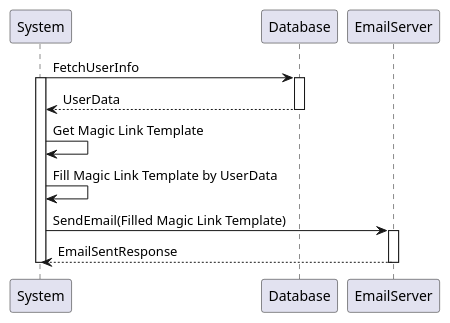
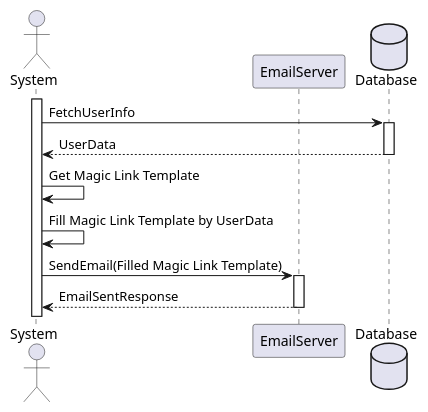
One commit to jadwalapp/symmetrical-spoon changed the third of 14 diagrams in docs/diagrams/sequence-diagrams/all-sequence-diagrams.puml. Above: the diagram before and after it, drawn with PlantUML. The commit also changed other lines of this file and 4 other files, not shown here.

Commit message:
enhance sequence diagrams and use case diagram

```diff
--- a/docs/diagrams/sequence-diagrams/all-sequence-diagrams.puml
+++ b/docs/diagrams/sequence-diagrams/all-sequence-diagrams.puml
@@ -76,14 +85,18 @@
 @startuml Send Welcome Email
+actor System
+participant EmailServer
+database Database
+
+activate System
+
 System -> Database ++ : FetchUserInfo
-activate System
 
 Database --> System -- : UserData
 
 System -> System : Get Magic Link Template
 System -> System : Fill Magic Link Template by UserData
 
 System -> EmailServer ++ : SendEmail(Filled Magic Link Template)
 EmailServer --> System -- : EmailSentResponse
 
-deactivate System
 @enduml
```
